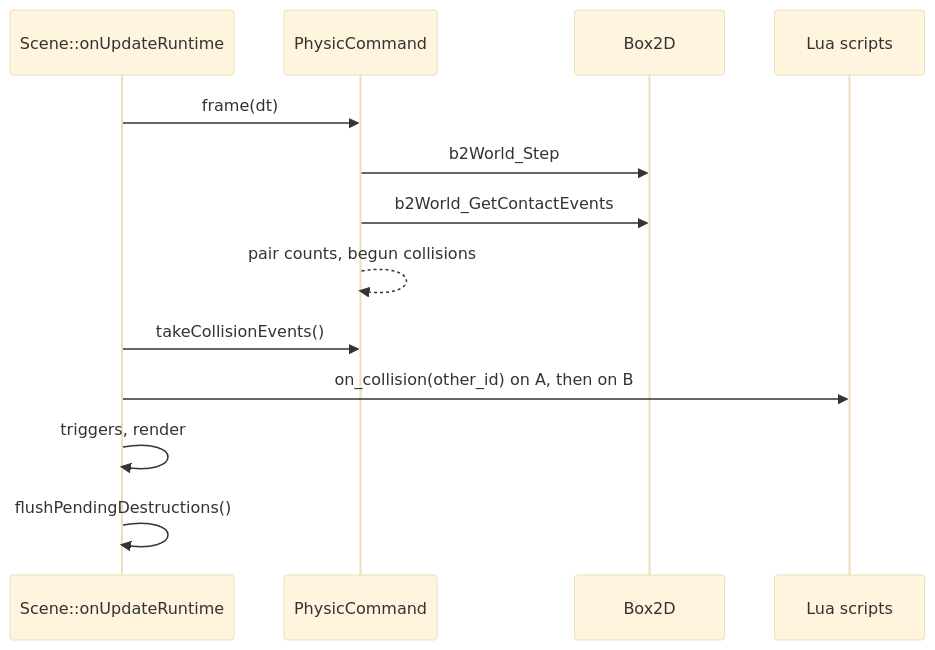
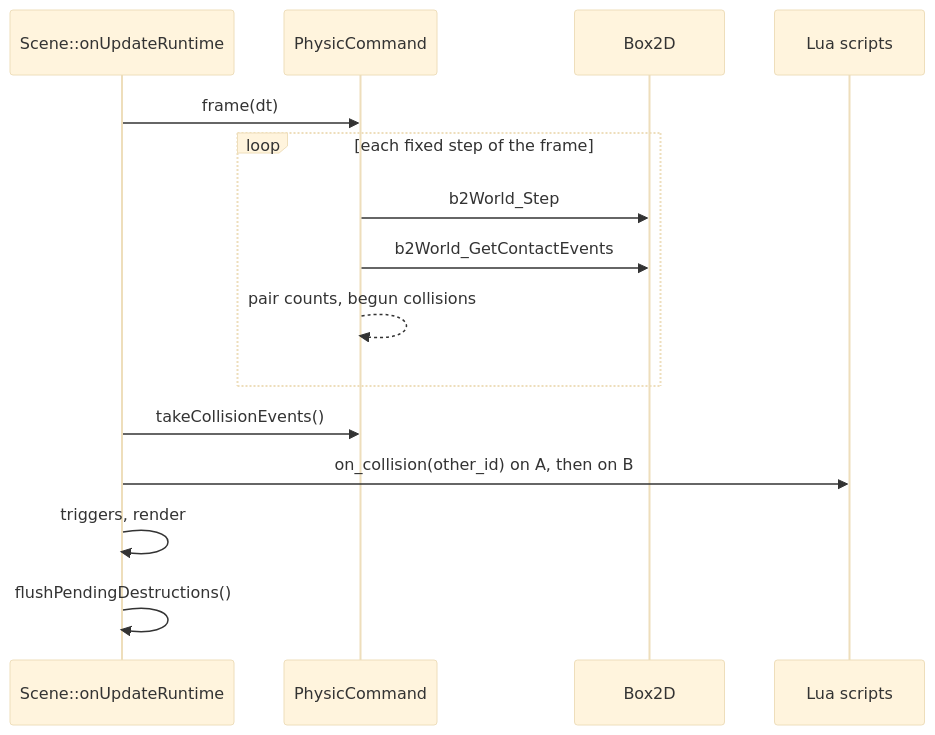
Before and after one commit to Silmaen/Owl: the third of 3 diagrams in doc/pages/physics.md, drawn with Mermaid (base theme). The commit also changed other lines of this file and 24 other files, not shown here.

````diff
--- a/doc/pages/physics.md
+++ b/doc/pages/physics.md
@@ -181,15 +269,17 @@
 ```mermaid
 sequenceDiagram
     participant S as Scene::onUpdateRuntime
     participant P as PhysicCommand
     participant B as Box2D
     participant L as Lua scripts
     S->>P: frame(dt)
-    P->>B: b2World_Step
-    P->>B: b2World_GetContactEvents
-    P-->>P: pair counts, begun collisions
+    loop each fixed step of the frame
+        P->>B: b2World_Step
+        P->>B: b2World_GetContactEvents
+        P-->>P: pair counts, begun collisions
+    end
     S->>P: takeCollisionEvents()
     S->>L: on_collision(other_id) on A, then on B
     S->>S: triggers, render
     S->>S: flushPendingDestructions()
 ```
````
